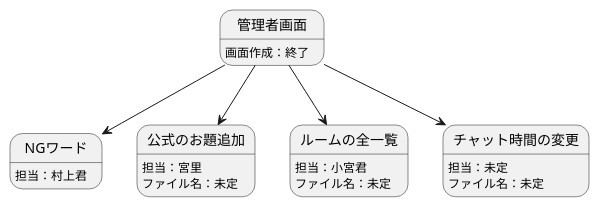
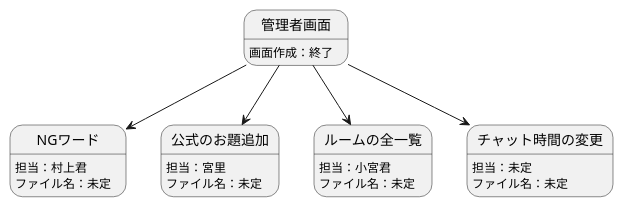
One commit to Aso2001204/2021sys-design changed the diagram in チーム開発/担当.md. Above: the diagram before and after it, drawn with PlantUML. The commit also changed other lines of this file, not shown here.

````diff
--- a/チーム開発/担当.md
+++ b/チーム開発/担当.md
@@ -1,19 +2,20 @@
 ```uml
 @startuml
 
 管理者画面 --> NGワード
 管理者画面:画面作成：終了
 NGワード:担当：村上君
+NGワード:ファイル名：未定
 管理者画面 --> 公式のお題追加
 公式のお題追加:担当：宮里
 公式のお題追加:ファイル名：未定
 
 管理者画面 --> ルームの全一覧
 ルームの全一覧:担当：小宮君
 ルームの全一覧:ファイル名：未定
 
 管理者画面 --> チャット時間の変更
 チャット時間の変更:担当：未定
 チャット時間の変更:ファイル名：未定
 @enduml
 ```
````
